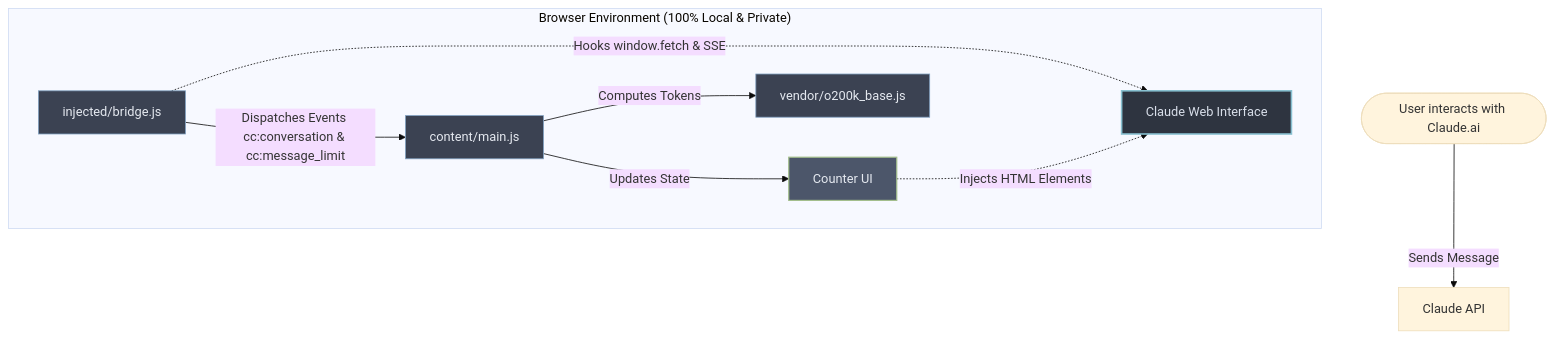
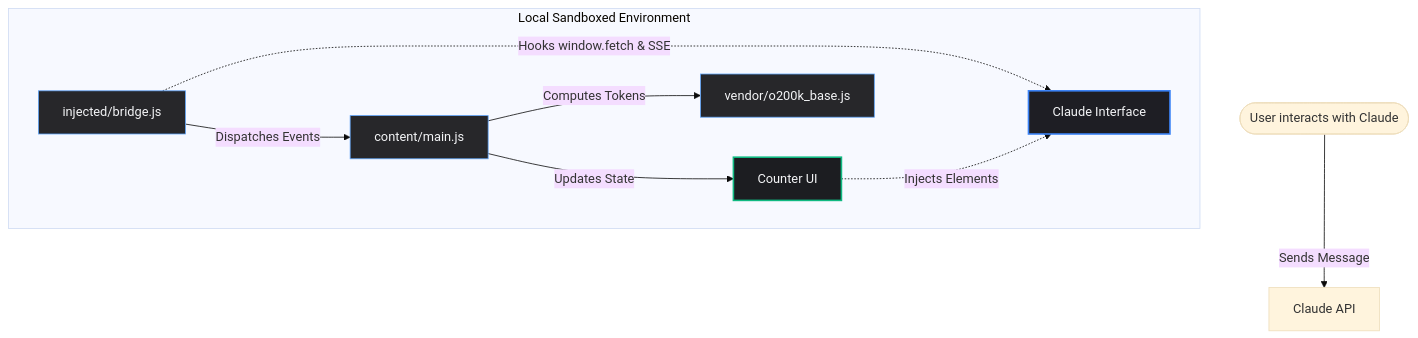
The diagram in README.md (jaggureddy11/CLAUDE-TOKEN-COUNTER-OG), drawn with Mermaid (base theme) before and after one commit. The commit also changed other lines of this file and 2 other files, not shown here.

````diff
--- a/README.md
+++ b/README.md
@@ -45,23 +44,23 @@
 ```mermaid
 graph TD
     %% Colors and Styling
-    classDef browser fill:#2e3440,stroke:#88c0d0,stroke-width:2px,color:#d8dee9;
-    classDef process fill:#3b4252,stroke:#81a1c1,stroke-width:1px,color:#e5e9f0;
-    classDef inject fill:#4c566a,stroke:#a3be8c,stroke-width:1.5px,color:#e5e9f0;
+    classDef browser fill:#1e1e24,stroke:#3b82f6,stroke-width:2px,color:#f3f4f6;
+    classDef process fill:#27272a,stroke:#60a5fa,stroke-width:1px,color:#f3f4f6;
+    classDef inject fill:#1c1d21,stroke:#10b981,stroke-width:2px,color:#f3f4f6;
     
-    User([User interacts with Claude.ai]) -->|Sends Message| API[Claude API]
+    User([User interacts with Claude]) -->|Sends Message| API[Claude API]
     
-    subgraph Browser_Environment ["Browser Environment (100% Local & Private)"]
-        Page[Claude Web Interface]:::browser
+    subgraph Browser_Environment ["Local Sandboxed Environment"]
+        Page[Claude Interface]:::browser
         Bridge[injected/bridge.js]:::process
         Content[content/main.js]:::process
         Tokenizer[vendor/o200k_base.js]:::process
         UI[Counter UI]:::inject
     end
     
     Bridge -.->|Hooks window.fetch & SSE| Page
-    Bridge -->|Dispatches Events cc:conversation & cc:message_limit| Content
+    Bridge -->|Dispatches Events| Content
     Content -->|Computes Tokens| Tokenizer
     Content -->|Updates State| UI
-    UI -.->|Injects HTML Elements| Page
+    UI -.->|Injects Elements| Page
 ```
````
